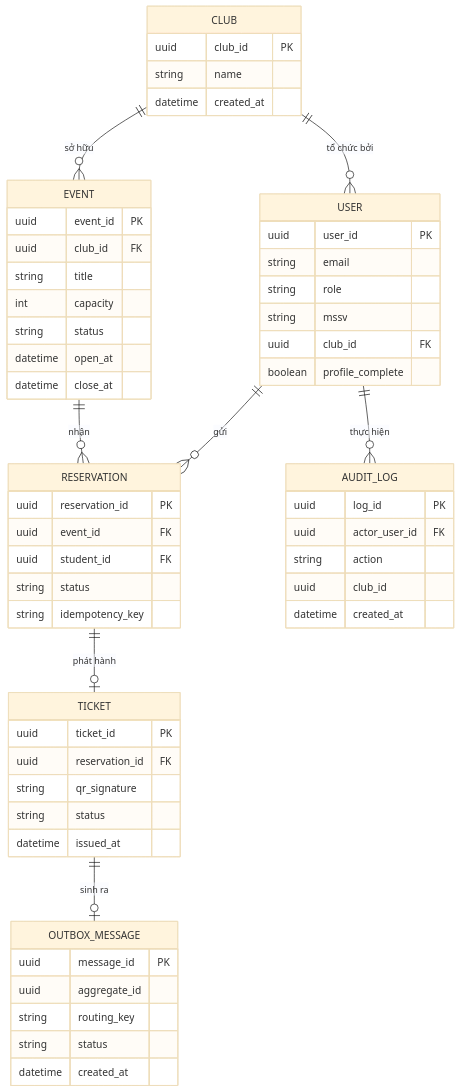
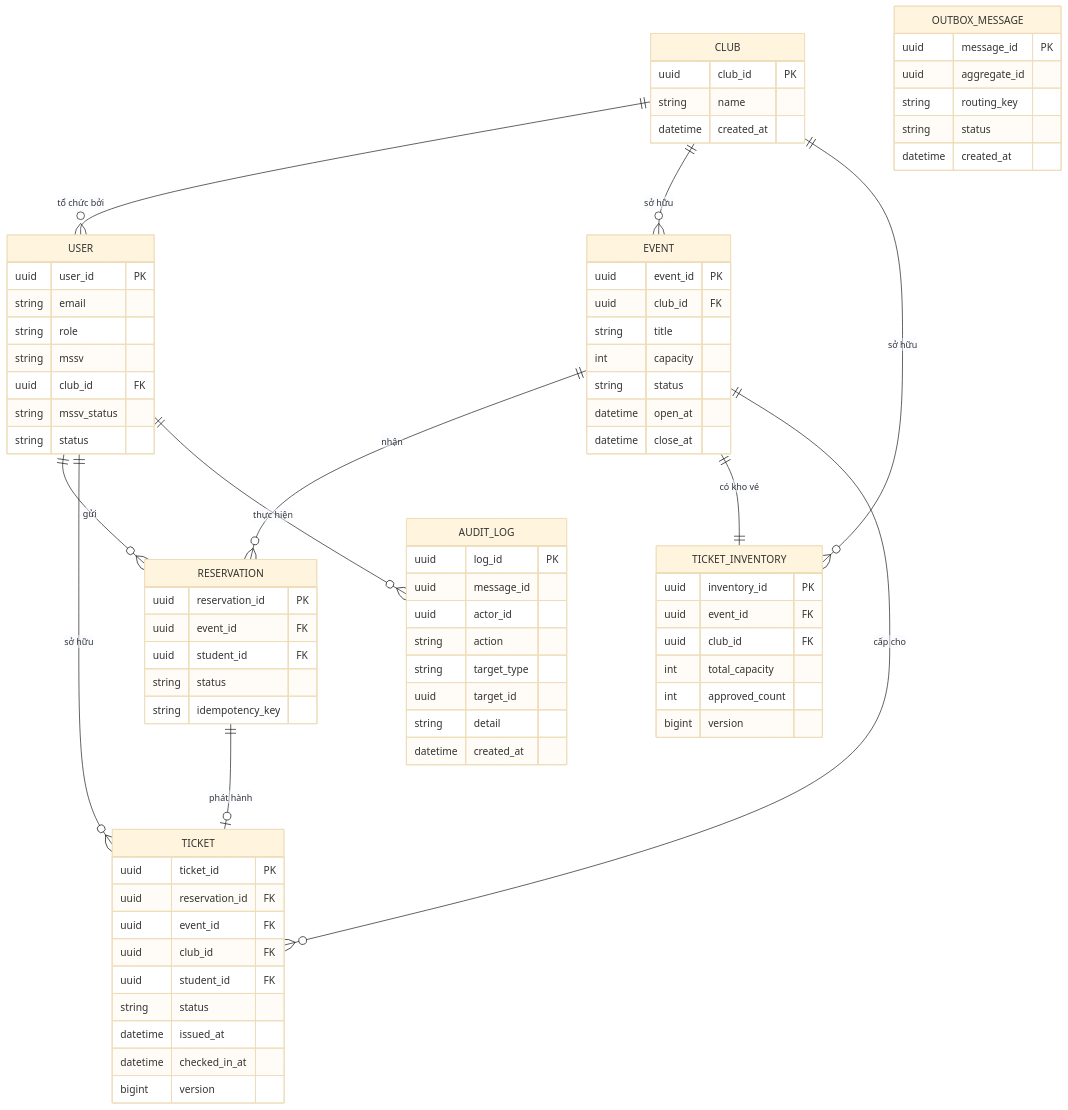
One commit to trhlow/TVU-Event-Ticket changed the ninth of 10 diagrams in SO_DO_UML_TVU_Event_Ticketing.md. Above: the diagram before and after it, drawn with Mermaid (base theme). The commit also changed other lines of this file and 115 other files, not shown here.

````diff
--- a/SO_DO_UML_TVU_Event_Ticketing.md
+++ b/SO_DO_UML_TVU_Event_Ticketing.md
@@ -358,61 +362,80 @@
 ```mermaid
 erDiagram
     CLUB ||--o{ USER : "tổ chức bởi"
     CLUB ||--o{ EVENT : "sở hữu"
     USER ||--o{ RESERVATION : "gửi"
     EVENT ||--o{ RESERVATION : "nhận"
     RESERVATION ||--o| TICKET : "phát hành"
-    TICKET ||--o| OUTBOX_MESSAGE : "sinh ra"
+    EVENT ||--|| TICKET_INVENTORY : "có kho vé"
+    CLUB ||--o{ TICKET_INVENTORY : "sở hữu"
+    EVENT ||--o{ TICKET : "cấp cho"
+    USER ||--o{ TICKET : "sở hữu"
     USER ||--o{ AUDIT_LOG : "thực hiện"
 
     CLUB {
         uuid club_id PK
         string name
         datetime created_at
     }
     USER {
         uuid user_id PK
         string email
         string role
         string mssv
         uuid club_id FK
-        boolean profile_complete
+        string mssv_status
+        string status
     }
     EVENT {
         uuid event_id PK
         uuid club_id FK
         string title
         int capacity
         string status
         datetime open_at
         datetime close_at
     }
     RESERVATION {
         uuid reservation_id PK
         uuid event_id FK
         uuid student_id FK
         string status
         string idempotency_key
     }
     TICKET {
         uuid ticket_id PK
         uuid reservation_id FK
-        string qr_signature
+        uuid event_id FK
+        uuid club_id FK
+        uuid student_id FK
         string status
         datetime issued_at
+        datetime checked_in_at
+        bigint version
+    }
+    TICKET_INVENTORY {
+        uuid inventory_id PK
+        uuid event_id FK
+        uuid club_id FK
+        int total_capacity
+        int approved_count
+        bigint version
     }
     OUTBOX_MESSAGE {
         uuid message_id PK
         uuid aggregate_id
         string routing_key
         string status
         datetime created_at
     }
     AUDIT_LOG {
         uuid log_id PK
-        uuid actor_user_id FK
+        uuid message_id
+        uuid actor_id
         string action
-        uuid club_id
+        string target_type
+        uuid target_id
+        string detail
         datetime created_at
     }
 ```
````
